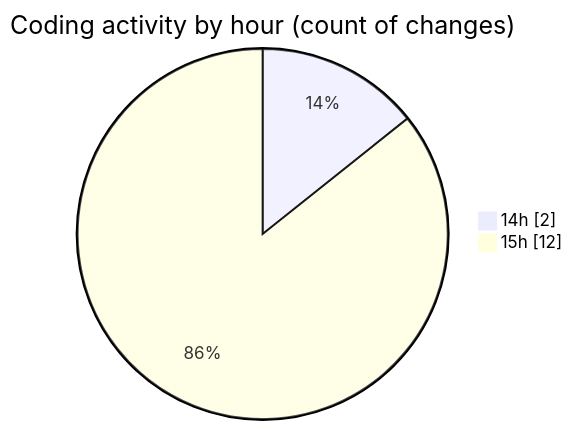
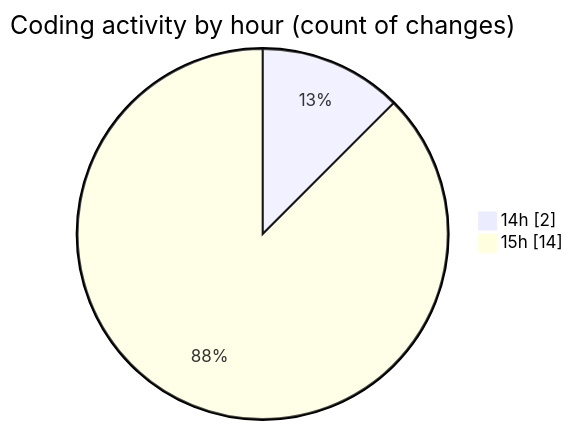
The second of 2 diagrams in 2025-03-21/back-end/README.md (Netris89/code-tracking), drawn with Mermaid before and after one commit. The commit also changed other lines of this file and 1 other file, not shown here.

````diff
--- a/2025-03-21/back-end/README.md
+++ b/2025-03-21/back-end/README.md
@@ -29,6 +29,6 @@
 ```mermaid
 pie showData
 title Coding activity by hour (count of changes)
 "14h" : 2
-"15h" : 12
+"15h" : 14
 ```
````
